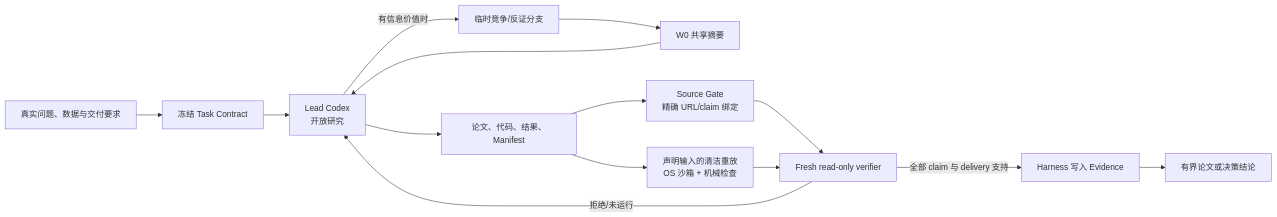
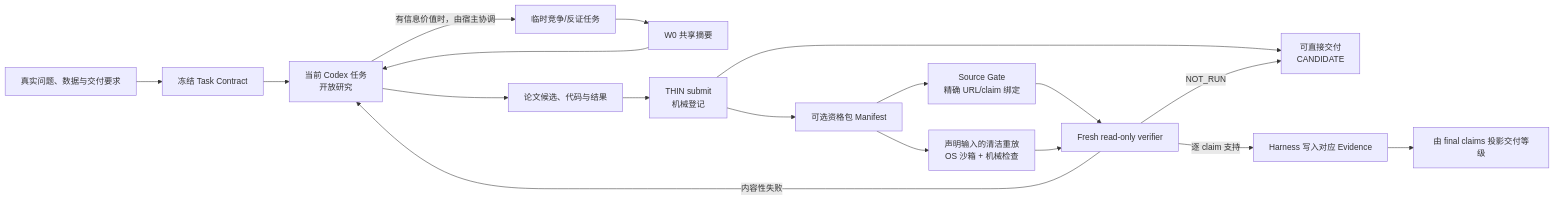
Before and after one commit to zx070326-hash/fma-trusted-modeling-agent: the diagram in README.md, drawn with Mermaid. The commit also changed other lines of this file and 13 other files, not shown here.

Commit message:
Finalize the Codex-native THIN harness

````diff
--- a/README.md
+++ b/README.md
@@ -9,16 +11,20 @@
 ```mermaid
 flowchart LR
     Q["真实问题、数据与交付要求"] --> C["冻结 Task Contract"]
-    C --> L["Lead Codex<br/>开放研究"]
-    L -->|"有信息价值时"| B["临时竞争/反证分支"]
+    C --> L["当前 Codex 任务<br/>开放研究"]
+    L -->|"有信息价值时，由宿主协调"| B["临时竞争/反证任务"]
     B --> K["W0 共享摘要"]
     K --> L
-    L --> M["论文、代码、结果、Manifest"]
-    M --> S["Source Gate<br/>精确 URL/claim 绑定"]
-    M --> R["声明输入的清洁重放<br/>OS 沙箱 + 机械检查"]
+    L --> M["论文候选、代码与结果"]
+    M --> H["THIN submit<br/>机械登记"]
+    H --> D0["可直接交付<br/>CANDIDATE"]
+    H --> P["可选资格包 Manifest"]
+    P --> S["Source Gate<br/>精确 URL/claim 绑定"]
+    P --> R["声明输入的清洁重放<br/>OS 沙箱 + 机械检查"]
     S --> V["Fresh read-only verifier"]
     R --> V
-    V -->|"全部 claim 与 delivery 支持"| E["Harness 写入 Evidence"]
-    V -->|"拒绝/未运行"| L
-    E --> D["有界论文或决策结论"]
+    V -->|"逐 claim 支持"| E["Harness 写入对应 Evidence"]
+    V -->|"内容性失败"| L
+    V -->|"NOT_RUN"| D0
+    E --> D["由 final claims 投影交付等级"]
 ```
````
